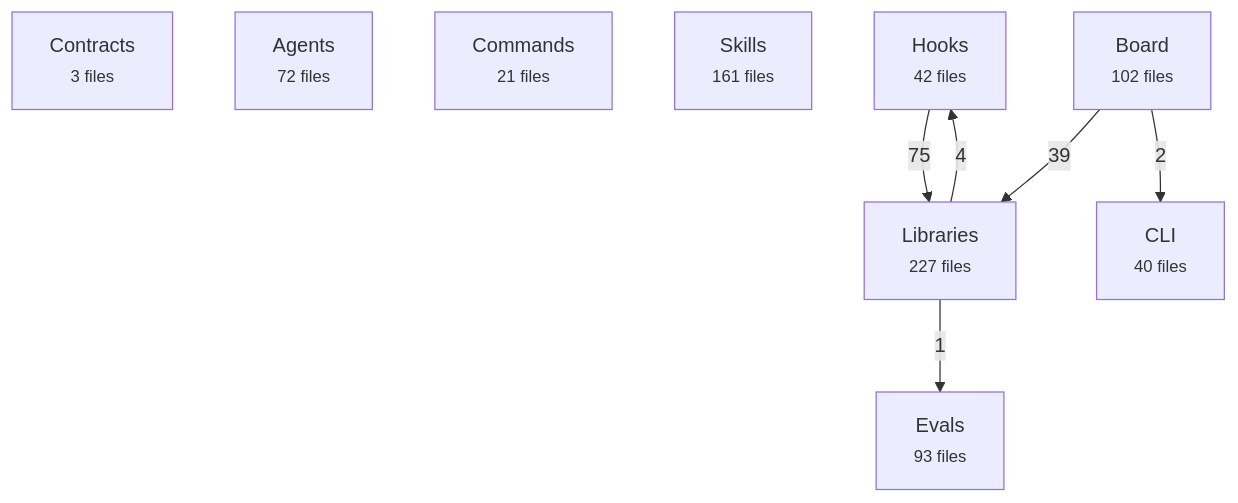
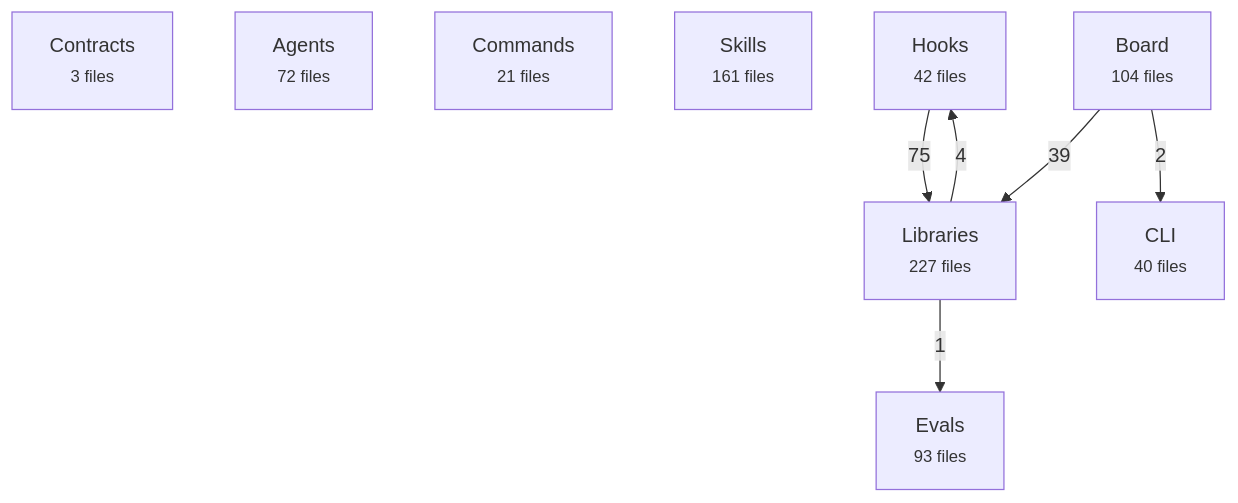
The first of 2 diagrams in docs/reference/architecture-map.md (avelikiy/great_cto), drawn with Mermaid before and after one commit. The commit also changed other lines of this file and 19 other files, not shown here.

````diff
--- a/docs/reference/architecture-map.md
+++ b/docs/reference/architecture-map.md
@@ -20,17 +20,17 @@
 ```mermaid
 flowchart TD
   contracts["Contracts<br/><small>3 files</small>"]
   agents["Agents<br/><small>72 files</small>"]
   commands["Commands<br/><small>21 files</small>"]
   skills["Skills<br/><small>161 files</small>"]
   hooks["Hooks<br/><small>42 files</small>"]
   libs["Libraries<br/><small>227 files</small>"]
-  board["Board<br/><small>102 files</small>"]
+  board["Board<br/><small>104 files</small>"]
   cli["CLI<br/><small>40 files</small>"]
   evals["Evals<br/><small>93 files</small>"]
   hooks -->|75| libs
   board -->|39| libs
   libs -->|4| hooks
   board -->|2| cli
   libs -->|1| evals
 ```
````
